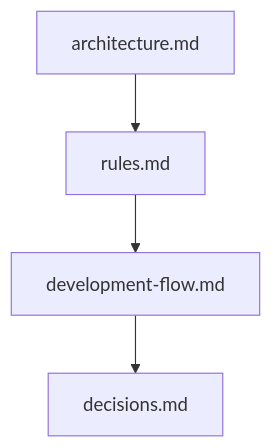
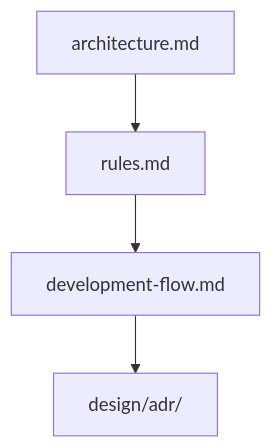
Before and after one commit to Tomy-ch/go-boilerplate: the second of 7 diagrams in docs/index.md, drawn with Mermaid. The commit also changed other lines of this file and 7 other files, not shown here.

First line of the commit message:
Docs: decisions.md をリダイレクト化し正典参照を ADR へ貼替

````diff
--- a/docs/index.md
+++ b/docs/index.md
@@ -31,4 +31,4 @@
 ```mermaid
 flowchart TB
-    A["architecture.md"] --> B["rules.md"] --> C["development-flow.md"] --> D["decisions.md"]
+    A["architecture.md"] --> B["rules.md"] --> C["development-flow.md"] --> D["design/adr/"]
 ```
````
